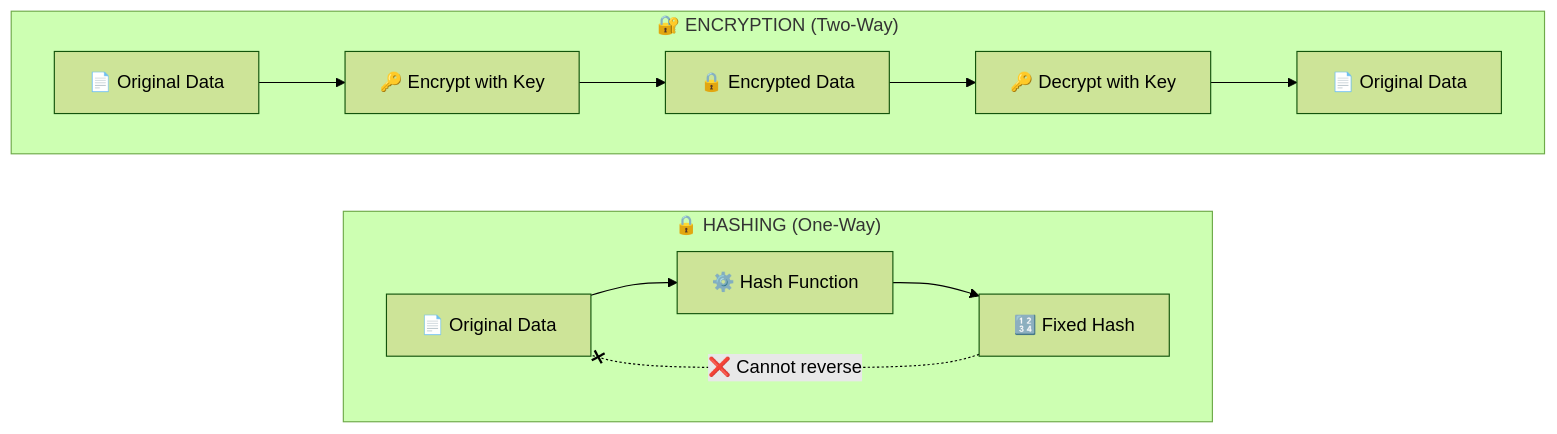
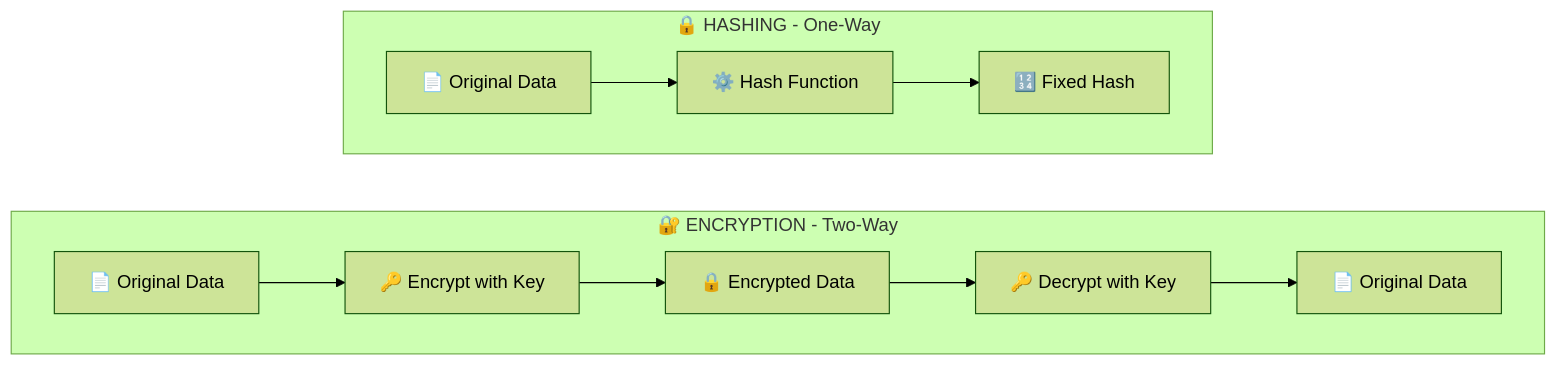
One commit to rilov/handbook changed the first of 6 diagrams in _topics/hashing-vs-encryption.md. Above: the diagram before and after it, drawn with Mermaid (forest theme). The commit also changed 2 other files, not shown here.

Commit message:
mermaid diagram upgrade

```diff
--- a/_topics/hashing-vs-encryption.md
+++ b/_topics/hashing-vs-encryption.md
@@ -23,17 +23,18 @@
 <div class="mermaid">
-flowchart LR
-    subgraph Hashing["🔒 HASHING (One-Way)"]
+flowchart TB
+    subgraph Hashing["🔒 HASHING - One-Way"]
         direction LR
         H1["📄 Original Data"] --> H2["⚙️ Hash Function"]
         H2 --> H3["🔢 Fixed Hash"]
-        H3 -.-x|"❌ Cannot reverse"| H1
     end
     
-    subgraph Encryption["🔐 ENCRYPTION (Two-Way)"]
+    subgraph Encryption["🔐 ENCRYPTION - Two-Way"]
         direction LR
         E1["📄 Original Data"] --> E2["🔑 Encrypt with Key"]
         E2 --> E3["🔒 Encrypted Data"]
         E3 --> E4["🔑 Decrypt with Key"]
         E4 --> E5["📄 Original Data"]
     end
+    
+    Hashing ~~~ Encryption
 </div>
```
